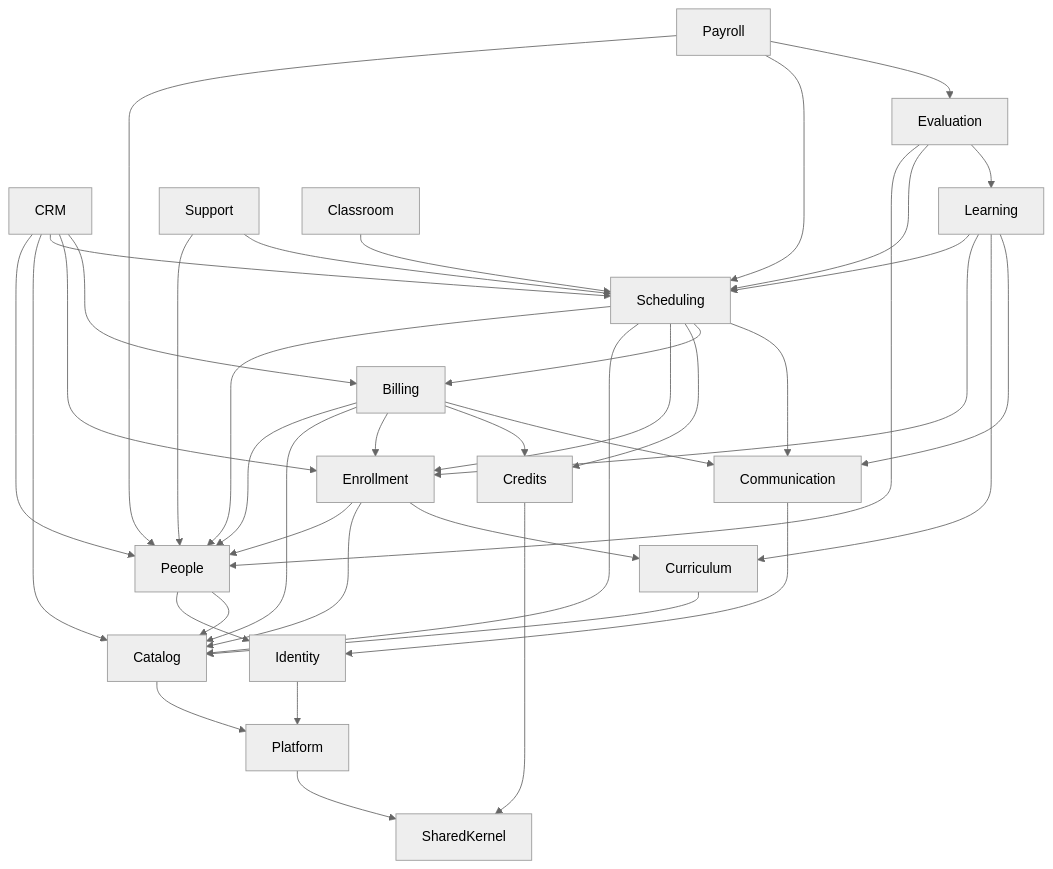
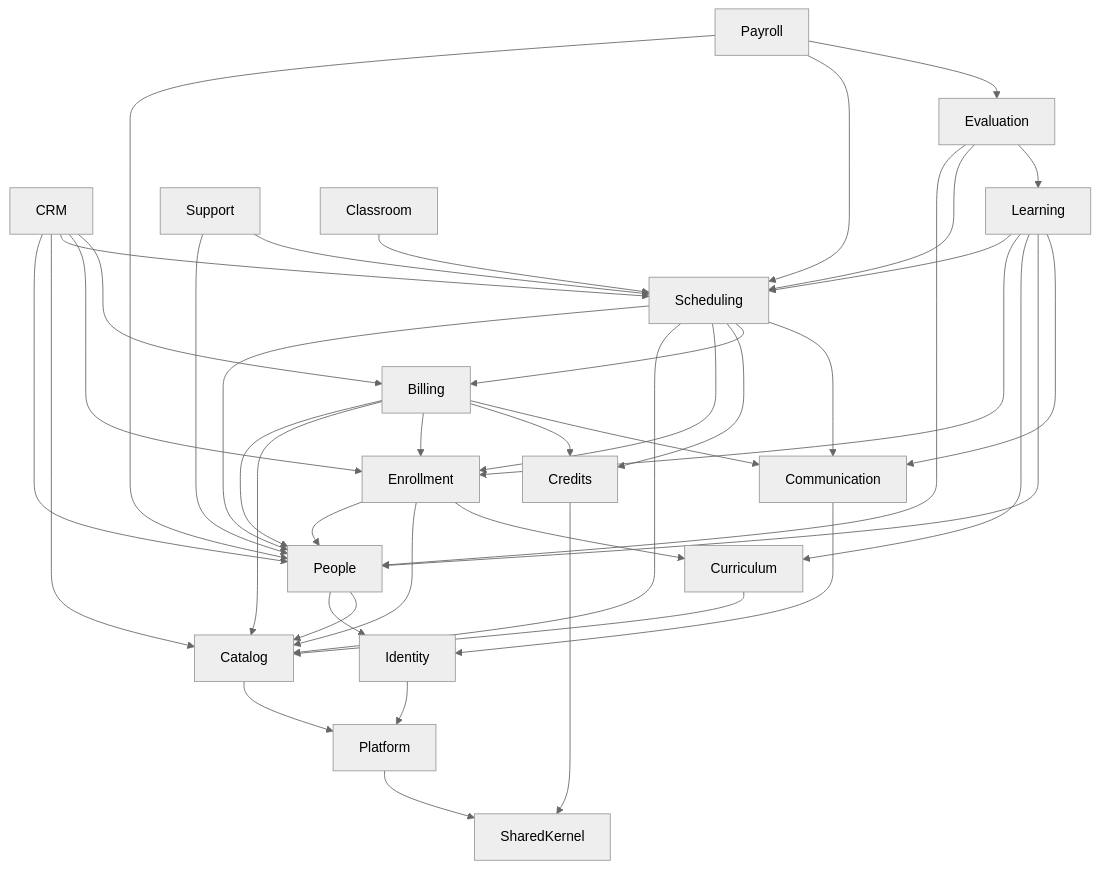
One commit to Mahmoud-Elgonidi/academy-lms changed the diagram in docs/architecture/04-design-patterns.md. Above: the diagram before and after it, drawn with Mermaid (neutral theme). The commit also changed other lines of this file and 125 other files, not shown here.

````diff
--- a/docs/architecture/04-design-patterns.md
+++ b/docs/architecture/04-design-patterns.md
@@ -48,19 +48,19 @@
 ```mermaid
 flowchart TD
     CRM --> People & Catalog & Scheduling & Enrollment & Billing
     Payroll --> People & Scheduling & Evaluation
     Evaluation --> People & Scheduling & Learning
     Support --> People & Scheduling
-    Learning --> Scheduling & Enrollment & Curriculum & Communication
+    Learning --> Scheduling & Enrollment & Curriculum & People & Communication
     Billing --> People & Catalog & Enrollment & Credits & Communication
     Classroom --> Scheduling
     Scheduling --> People & Catalog & Enrollment & Credits & Billing & Communication
     Enrollment --> People & Catalog & Curriculum
     Curriculum --> Catalog
     People --> Identity & Catalog
     Communication --> Identity
     Identity --> Platform
     Catalog --> Platform
     Credits --> SharedKernel
     Platform --> SharedKernel
 ```
````
